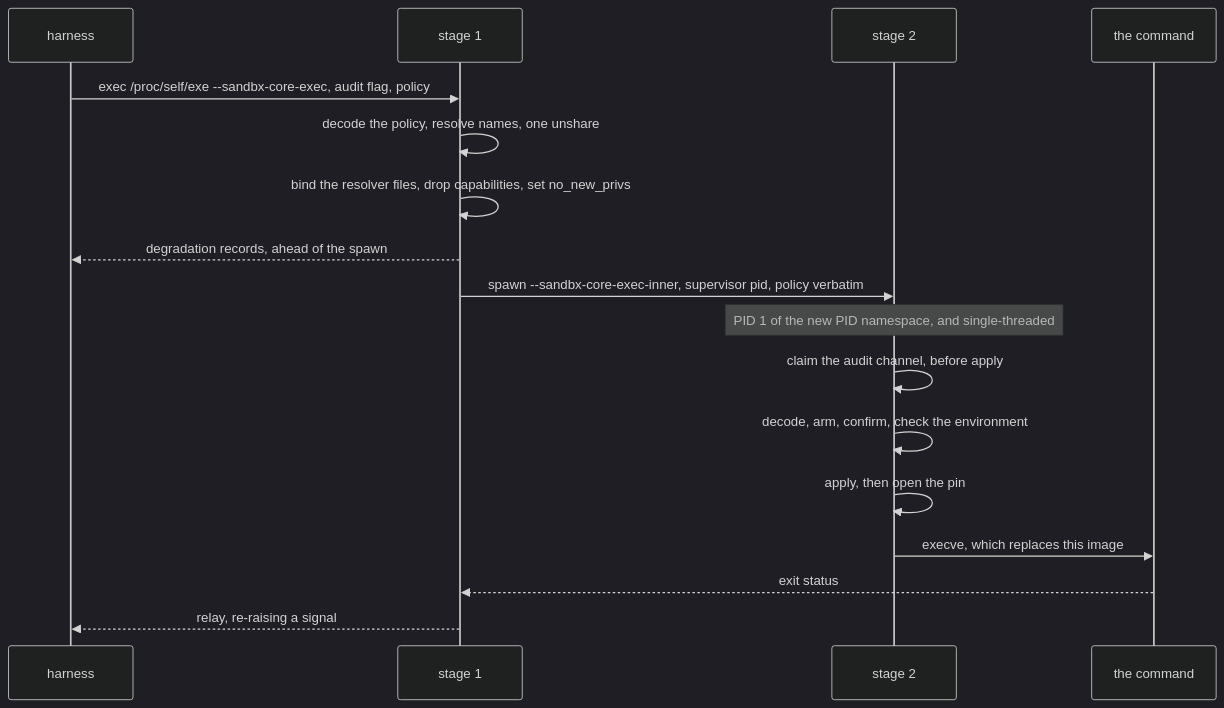
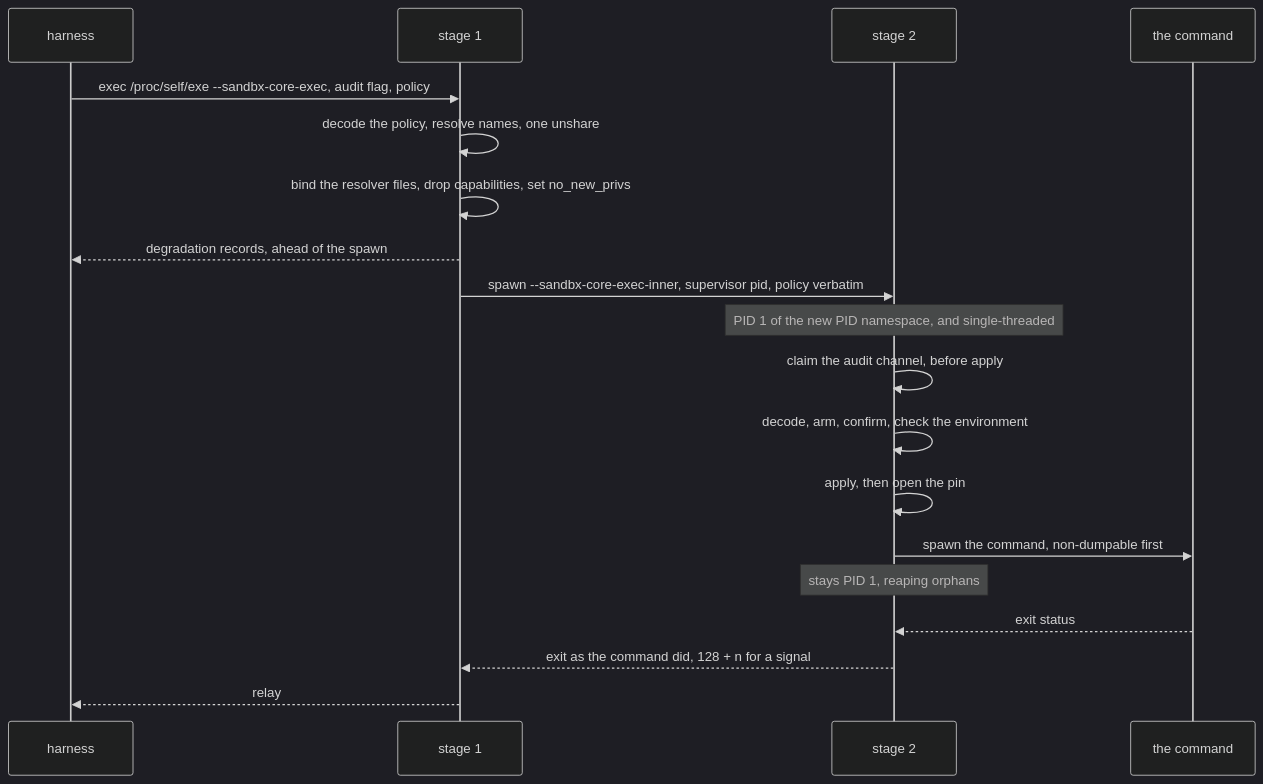
The first of 2 diagrams in context/onboarding/08-the-two-stage-helper.md (danczw/sandbx), drawn with Mermaid (dark theme) before and after one commit. The commit also changed other lines of this file and 13 other files, not shown here.

````diff
--- a/context/onboarding/08-the-two-stage-helper.md
+++ b/context/onboarding/08-the-two-stage-helper.md
@@ -190,19 +190,21 @@
 ```mermaid
 sequenceDiagram
     participant H as harness
     participant S1 as stage 1
     participant S2 as stage 2
     participant C as the command
     H->>S1: exec /proc/self/exe --sandbx-core-exec, audit flag, policy
     S1->>S1: decode the policy, resolve names, one unshare
     S1->>S1: bind the resolver files, drop capabilities, set no_new_privs
     S1-->>H: degradation records, ahead of the spawn
     S1->>S2: spawn --sandbx-core-exec-inner, supervisor pid, policy verbatim
     Note over S2: PID 1 of the new PID namespace, and single-threaded
     S2->>S2: claim the audit channel, before apply
     S2->>S2: decode, arm, confirm, check the environment
     S2->>S2: apply, then open the pin
-    S2->>C: execve, which replaces this image
-    C-->>S1: exit status
-    S1-->>H: relay, re-raising a signal
+    S2->>C: spawn the command, non-dumpable first
+    Note over S2: stays PID 1, reaping orphans
+    C-->>S2: exit status
+    S2-->>S1: exit as the command did, 128 + n for a signal
+    S1-->>H: relay
 ```
````
